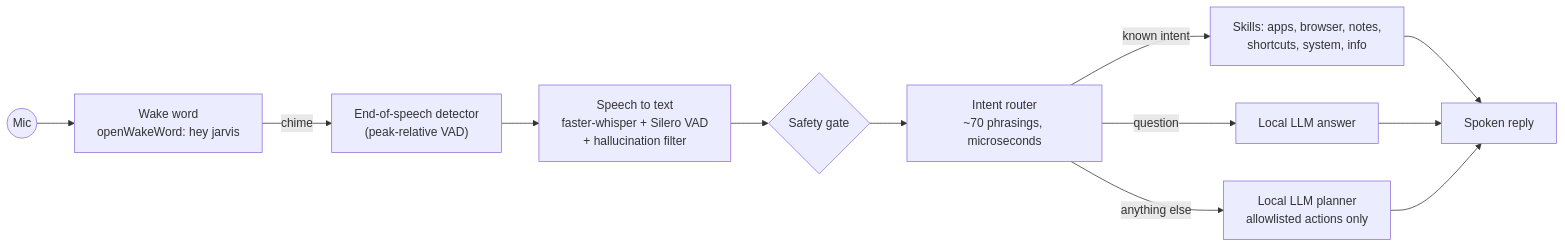
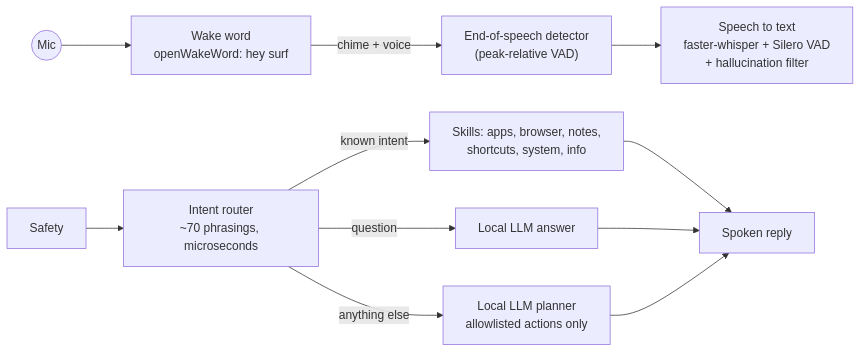
One commit to Joshuamathewj2/Surf changed the diagram in README.md. Above: the diagram before and after it, drawn with Mermaid. The commit also changed other lines of this file and 73 other files, not shown here.

First line of the commit message:
Robot companion v2: new Surf sprites, desktop launcher, voice quit

````diff
--- a/README.md
+++ b/README.md
@@ -15,12 +15,11 @@
 ```mermaid
 flowchart LR
-    Mic((Mic)) --> Wake["Wake word<br/>openWakeWord: hey jarvis"]
-    Wake -->|chime| EP["End-of-speech detector<br/>(peak-relative VAD)"]
+    Mic((Mic)) --> Wake["Wake word<br/>openWakeWord: hey surf"]
+    Wake -->|chime + voice| EP["End-of-speech detector<br/>(peak-relative VAD)"]
     EP --> STT["Speech to text<br/>faster-whisper + Silero VAD<br/>+ hallucination filter"]
-    STT --> Safety{"Safety gate"}
     Safety --> Router["Intent router<br/>~70 phrasings, microseconds"]
     Router -->|known intent| Skills["Skills: apps, browser, notes,<br/>shortcuts, system, info"]
     Router -->|question| Ask["Local LLM answer"]
     Router -->|anything else| Plan["Local LLM planner<br/>allowlisted actions only"]
     Skills & Ask & Plan --> TTS["Spoken reply"]
 ```
````
